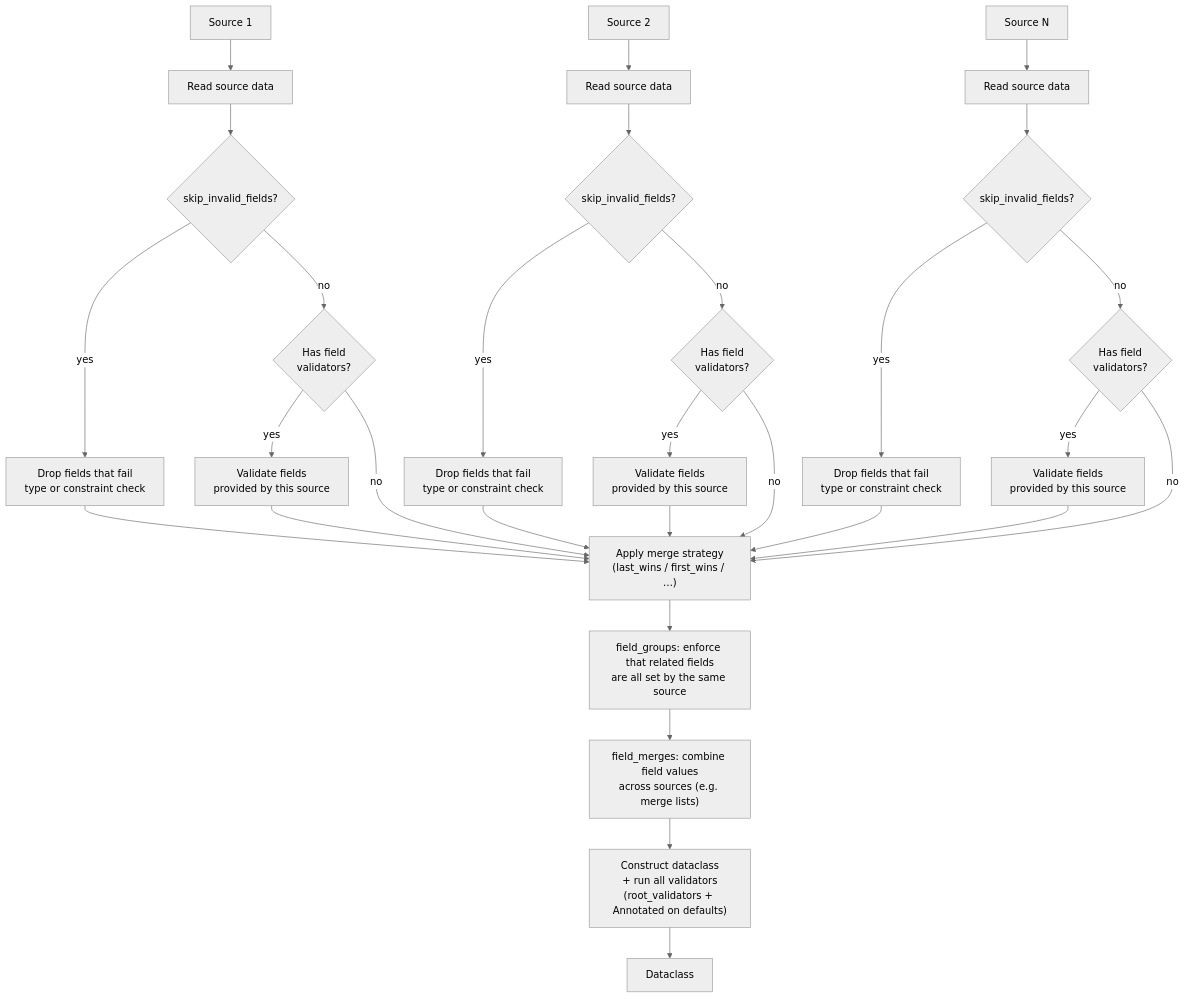
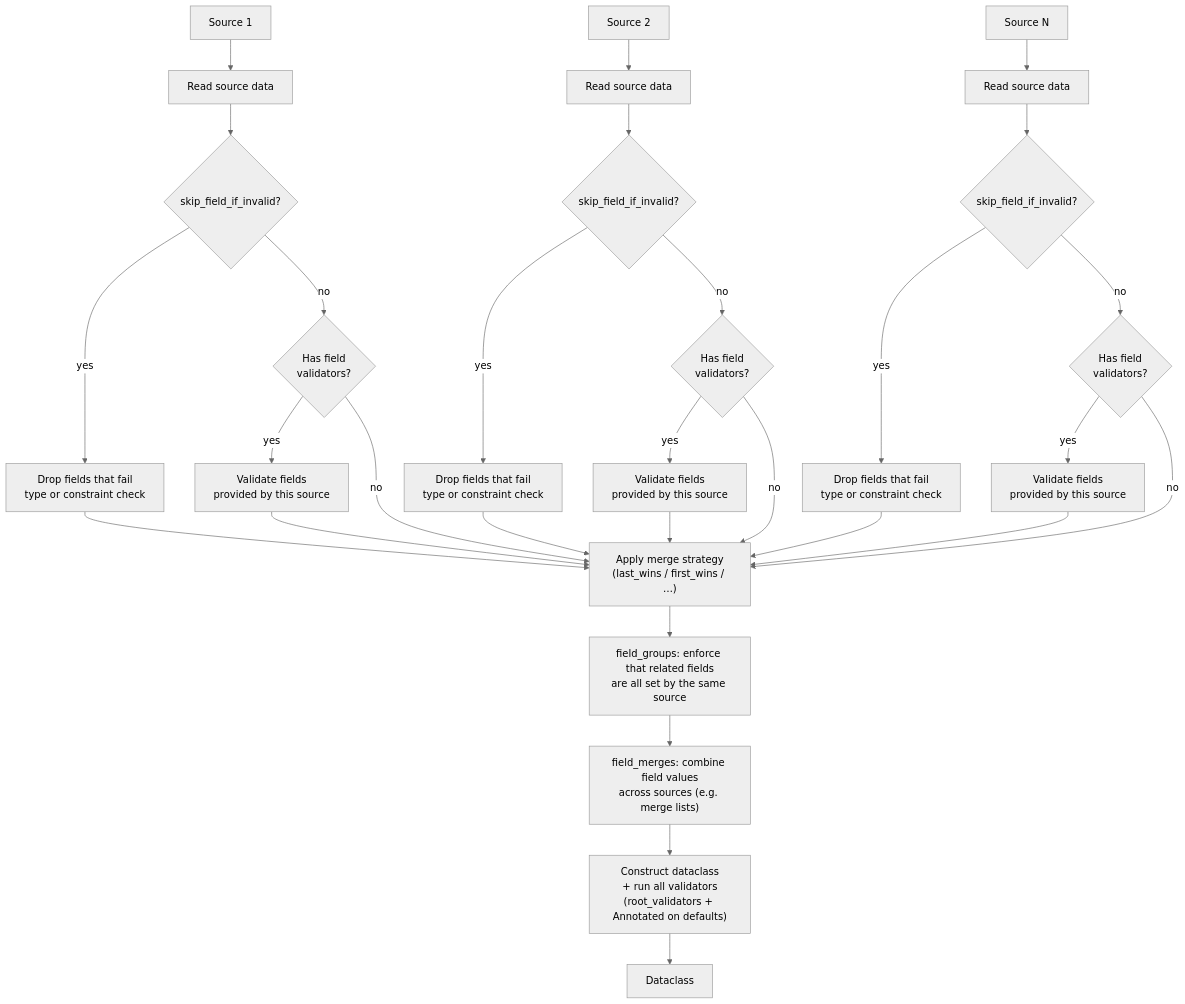
The diagram in docs/basic/merging.md (reagento/dature), drawn with Mermaid (neutral theme) before and after one commit. The commit also changed other lines of this file and 75 other files, not shown here.

````diff
--- a/docs/basic/merging.md
+++ b/docs/basic/merging.md
@@ -5,29 +5,29 @@
 ```mermaid
 graph TD
     S1["Source 1"] --> R1["Read source data"]
     S2["Source 2"] --> R2["Read source data"]
     SN["Source N"] --> RN["Read source data"]
 
-    R1 --> SK1{"skip_invalid_fields?"}
+    R1 --> SK1{"skip_field_if_invalid?"}
     SK1 -- yes --> D1["Drop fields that fail\ntype or constraint check"] --> M["Apply merge strategy\n(last_wins / first_wins / …)"]
     SK1 -- no --> HV1{"Has field\nvalidators?"}
     HV1 -- yes --> FP1["Validate fields\nprovided by this source"] --> M
     HV1 -- no --> M
 
-    R2 --> SK2{"skip_invalid_fields?"}
+    R2 --> SK2{"skip_field_if_invalid?"}
     SK2 -- yes --> D2["Drop fields that fail\ntype or constraint check"] --> M
     SK2 -- no --> HV2{"Has field\nvalidators?"}
     HV2 -- yes --> FP2["Validate fields\nprovided by this source"] --> M
     HV2 -- no --> M
 
-    RN --> SKN{"skip_invalid_fields?"}
+    RN --> SKN{"skip_field_if_invalid?"}
     SKN -- yes --> DN["Drop fields that fail\ntype or constraint check"] --> M
     SKN -- no --> HVN{"Has field\nvalidators?"}
     HVN -- yes --> FPN["Validate fields\nprovided by this source"] --> M
     HVN -- no --> M
 
     M --> FGR["field_groups: enforce that related fields\nare all set by the same source"]
     FGR --> FMR["field_merges: combine field values\nacross sources (e.g. merge lists)"]
     FMR --> CONSTR["Construct dataclass\n+ run all validators\n(root_validators + Annotated on defaults)"]
     CONSTR --> D["Dataclass"]
 ```
````
